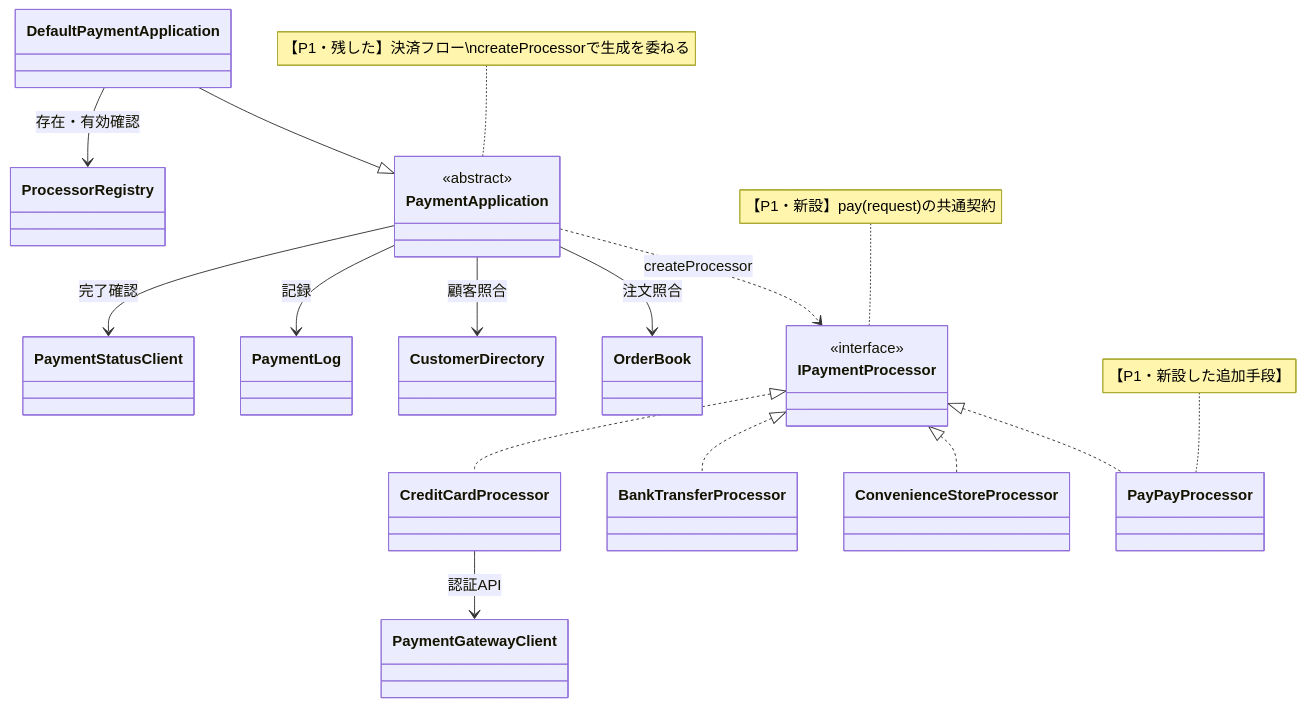
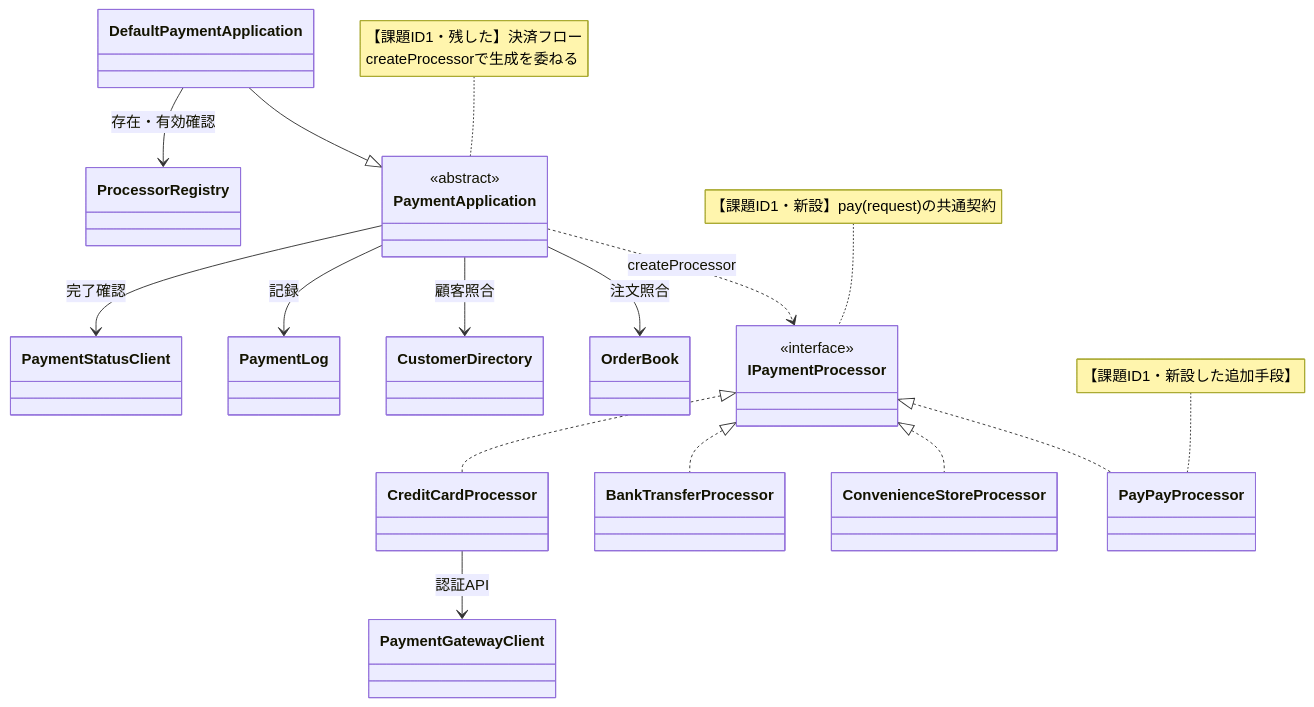
Diagram 11 of 15 in kindle/design-patterns/output/chapter08.md (kumachan1101-pixel/DesignPattern), drawn with Mermaid before and after one commit. The commit also changed other lines of this file and 43 other files, not shown here.

````diff
--- a/kindle/design-patterns/output/chapter08.md
+++ b/kindle/design-patterns/output/chapter08.md
@@ -2041,38 +2073,38 @@
 ```mermaid
 classDiagram
     class DefaultPaymentApplication
     class PaymentGatewayClient
     class PaymentStatusClient
     class ProcessorRegistry
     class PaymentLog
     class CustomerDirectory
     class OrderBook
     class PaymentApplication {
         <<abstract>>
     }
     class IPaymentProcessor { <<interface>> }
     class CreditCardProcessor
     class BankTransferProcessor
     class ConvenienceStoreProcessor
     class PayPayProcessor
 
     PaymentApplication ..> IPaymentProcessor : createProcessor
     IPaymentProcessor <|.. CreditCardProcessor
     IPaymentProcessor <|.. BankTransferProcessor
     IPaymentProcessor <|.. ConvenienceStoreProcessor
     IPaymentProcessor <|.. PayPayProcessor
     DefaultPaymentApplication --> ProcessorRegistry : 存在・有効確認
     PaymentApplication --> PaymentStatusClient : 完了確認
     DefaultPaymentApplication --|> PaymentApplication
     CreditCardProcessor --> PaymentGatewayClient : 認証API
     PaymentApplication --> PaymentLog : 記録
     PaymentApplication --> CustomerDirectory : 顧客照合
     PaymentApplication --> OrderBook : 注文照合
 
-    note for IPaymentProcessor "【P1・新設】pay(request)の共通契約"
-    note for PaymentApplication "【P1・残した】決済フロー\ncreateProcessorで生成を委ねる"
-    note for PayPayProcessor "【P1・新設した追加手段】"
+    note for IPaymentProcessor "【課題ID1・新設】pay(request)の共通契約"
+    note for PaymentApplication "【課題ID1・残した】決済フロー<br/>createProcessorで生成を委ねる"
+    note for PayPayProcessor "【課題ID1・新設した追加手段】"
 
     classDef focus fill:#FFF2CC,stroke:#D6B656,stroke-width:2px,color:#222222
     cssClass "IPaymentProcessor,CreditCardProcessor,BankTransferProcessor,ConvenienceStoreProcessor,PayPayProcessor,PaymentApplication" focus
 ```
````
